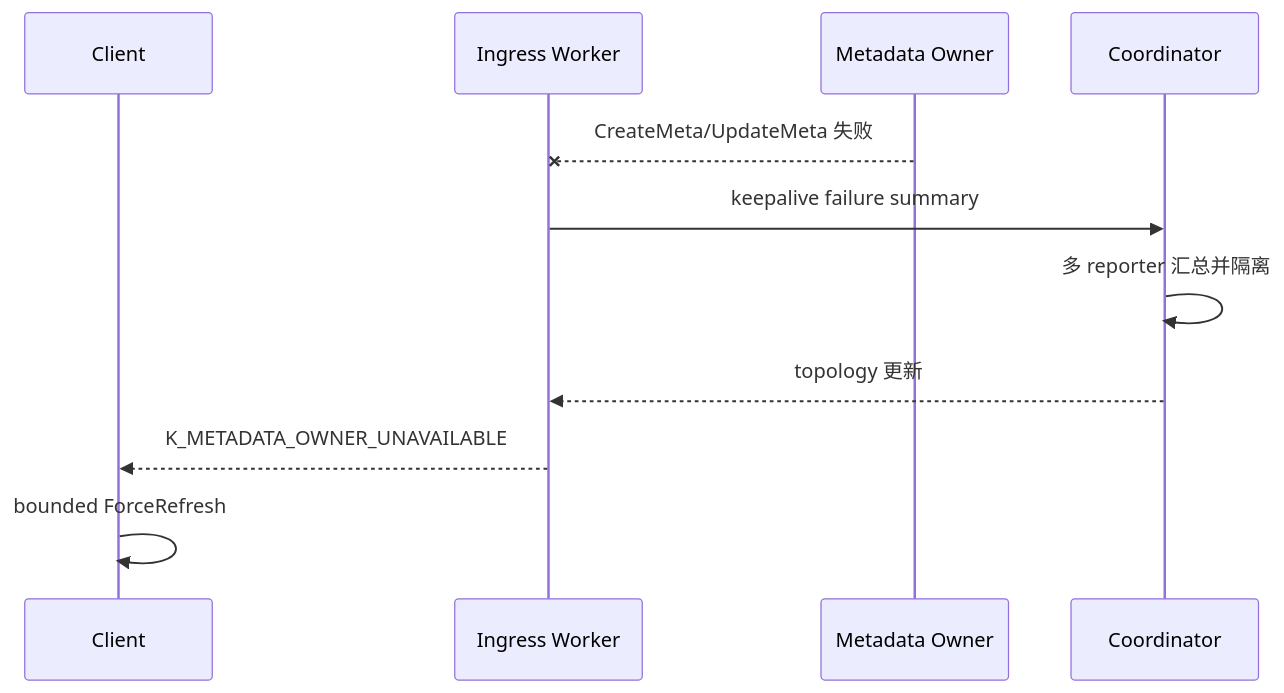
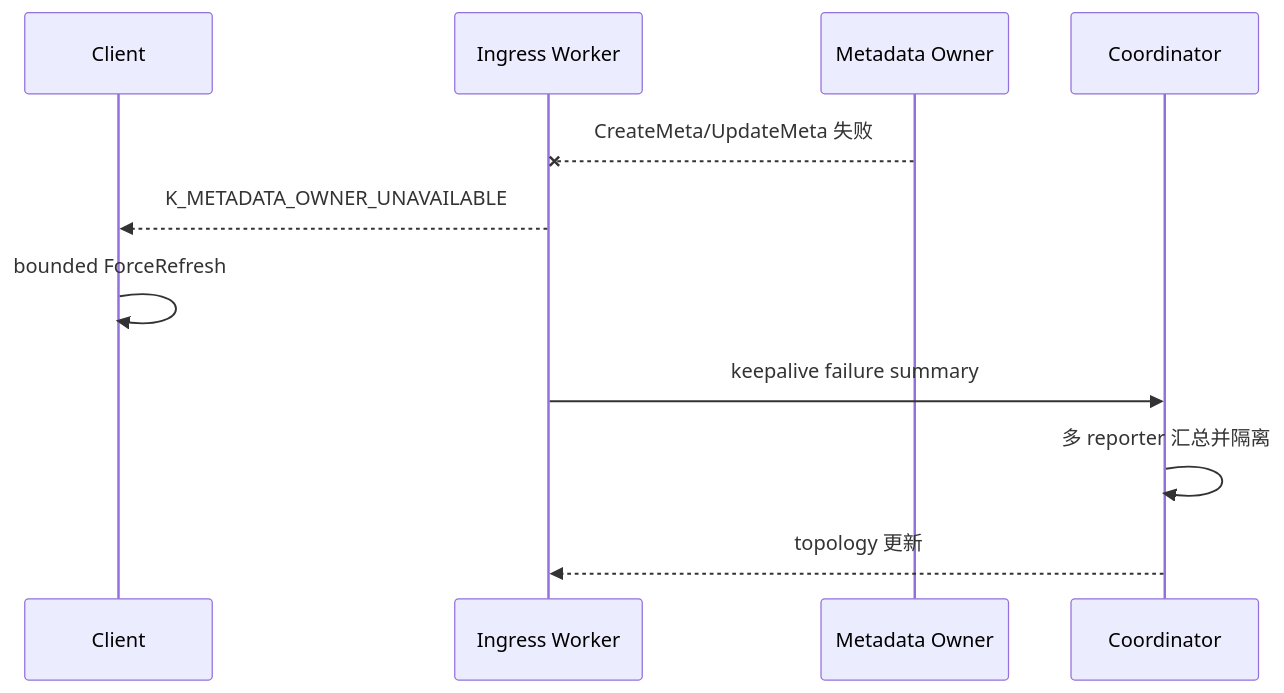
One commit to CheYulin/yuanrong-datasystem-agent-workbench changed the diagram in rfc/2026-08-11-active-isolation-correctness/README.md. Above: the diagram before and after it, drawn with Mermaid. The commit also changed other lines of this file, not shown here.

````diff
--- a/rfc/2026-08-11-active-isolation-correctness/README.md
+++ b/rfc/2026-08-11-active-isolation-correctness/README.md
@@ -18,13 +18,13 @@
 ```mermaid
 sequenceDiagram
     participant C as Client
     participant W as Ingress Worker
     participant M as Metadata Owner
     participant O as Coordinator
     M--xW: CreateMeta/UpdateMeta 失败
+    W-->>C: K_METADATA_OWNER_UNAVAILABLE
+    C->>C: bounded ForceRefresh
     W->>O: keepalive failure summary
     O->>O: 多 reporter 汇总并隔离
     O-->>W: topology 更新
-    W-->>C: K_METADATA_OWNER_UNAVAILABLE
-    C->>C: bounded ForceRefresh
 ```
````
